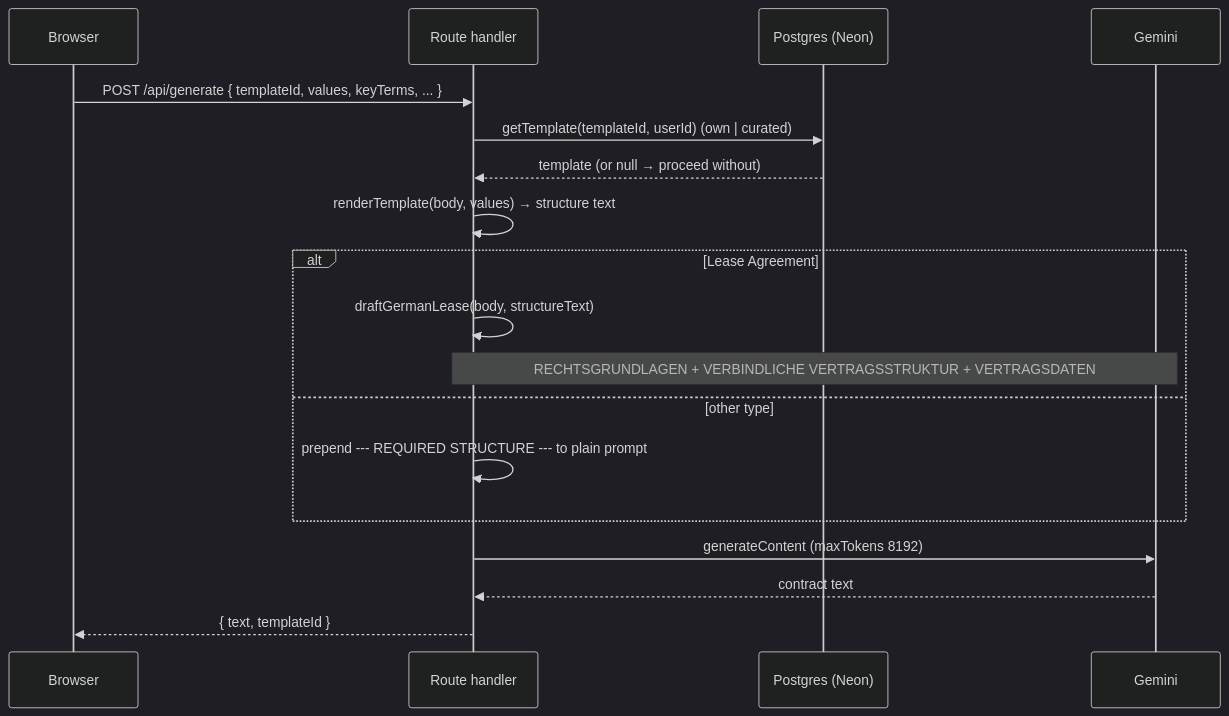
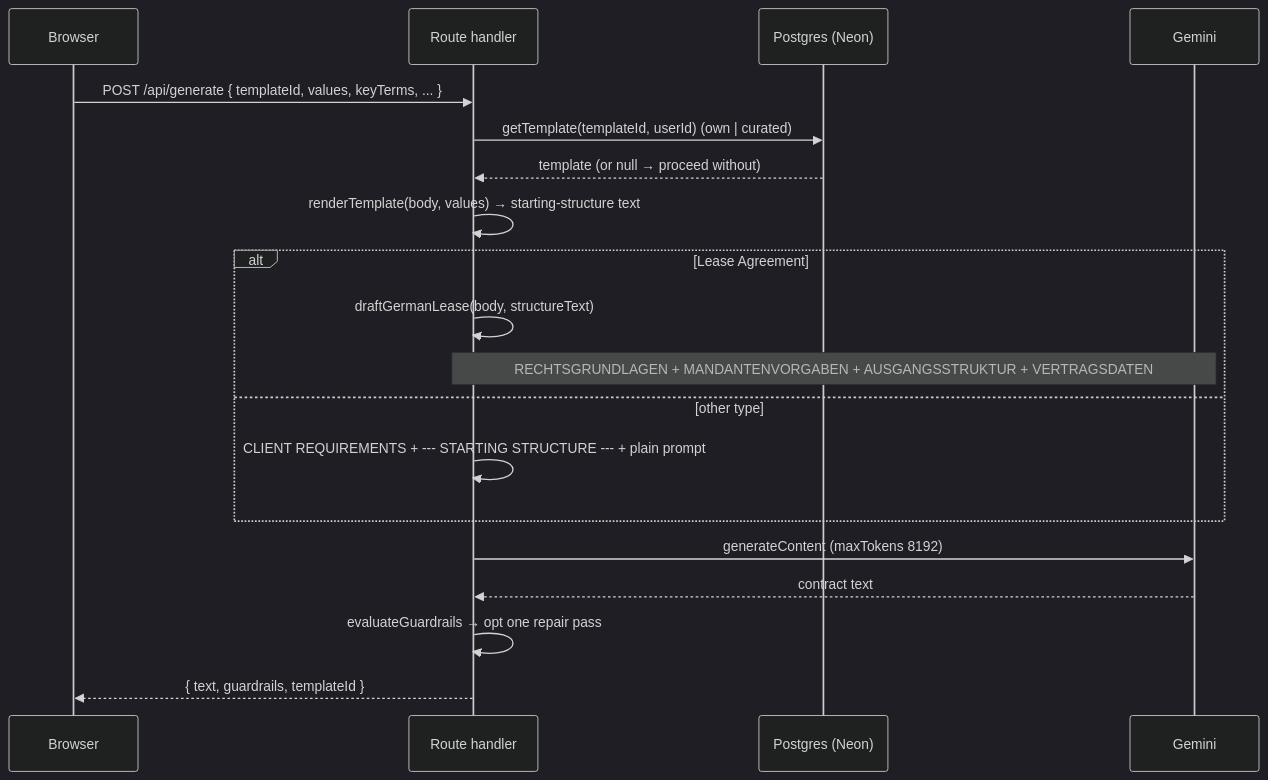
The eighth of 9 diagrams in docs/workflows/b-getting-a-contract-in.md (getlexora-ai/lexora), drawn with Mermaid (dark theme) before and after one commit. The commit also changed other lines of this file and 7 other files, not shown here.

````diff
--- a/docs/workflows/b-getting-a-contract-in.md
+++ b/docs/workflows/b-getting-a-contract-in.md
@@ -561,20 +586,21 @@
 ```mermaid
 sequenceDiagram
   participant B as Browser
   participant API as Route handler
   participant PG as Postgres (Neon)
   participant GM as Gemini
   B->>API: POST /api/generate { templateId, values, keyTerms, ... }
   API->>PG: getTemplate(templateId, userId)  (own | curated)
   PG-->>API: template (or null → proceed without)
-  API->>API: renderTemplate(body, values) → structure text
+  API->>API: renderTemplate(body, values) → starting-structure text
   alt Lease Agreement
     API->>API: draftGermanLease(body, structureText)
-    Note over API,GM: RECHTSGRUNDLAGEN + VERBINDLICHE VERTRAGSSTRUKTUR + VERTRAGSDATEN
+    Note over API,GM: RECHTSGRUNDLAGEN + MANDANTENVORGABEN + AUSGANGSSTRUKTUR + VERTRAGSDATEN
   else other type
-    API->>API: prepend --- REQUIRED STRUCTURE --- to plain prompt
+    API->>API: CLIENT REQUIREMENTS + --- STARTING STRUCTURE --- + plain prompt
   end
   API->>GM: generateContent (maxTokens 8192)
   GM-->>API: contract text
-  API-->>B: { text, templateId }
+  API->>API: evaluateGuardrails → opt one repair pass
+  API-->>B: { text, guardrails, templateId }
 ```
````
